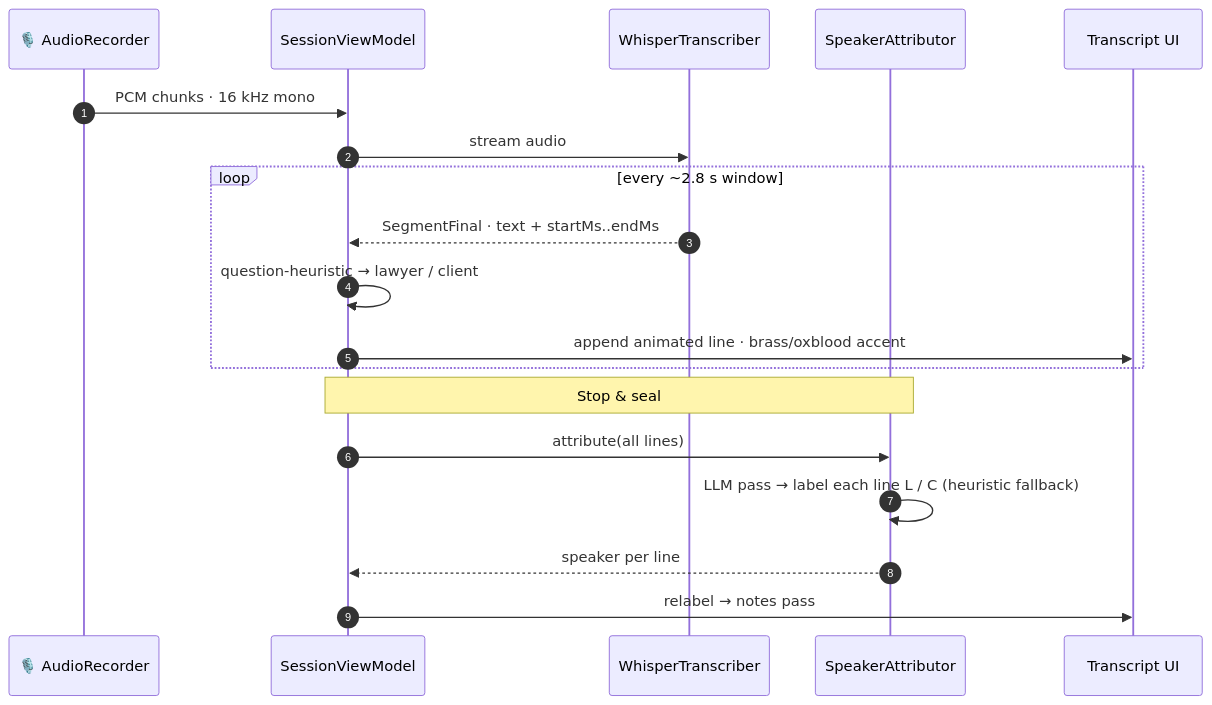
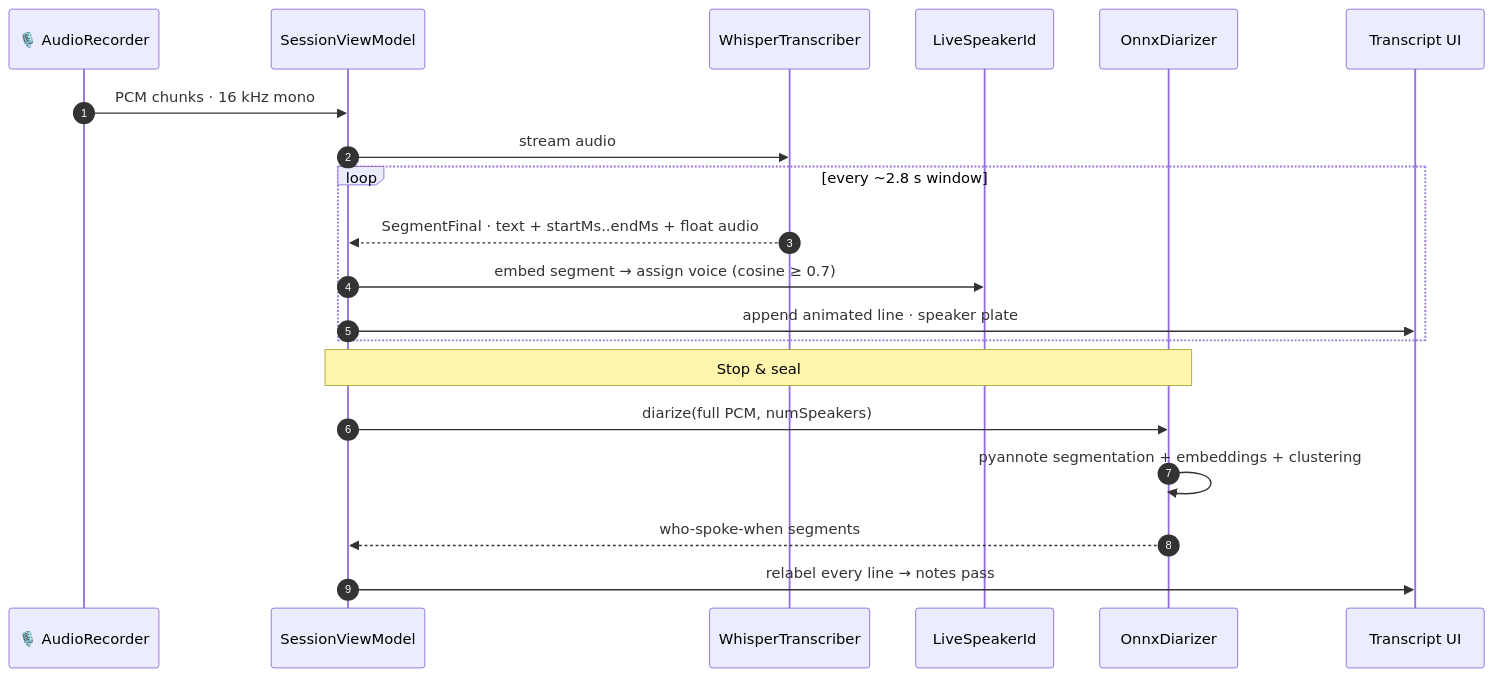
Before and after one commit to Dileep2896/sub-rosa-executorch: the fourth of 8 diagrams in ARCHITECTURE.md, drawn with Mermaid. The commit also changed other lines of this file and 1 other file, not shown here.

First line of the commit message:
Docs: QNN/Hexagon NPU as primary LLM path; Whisper + pyannote diarization

````diff
--- a/ARCHITECTURE.md
+++ b/ARCHITECTURE.md
@@ -109,22 +118,23 @@
 ```mermaid
 sequenceDiagram
     autonumber
     participant Mic as 🎙️ AudioRecorder
     participant VM as SessionViewModel
     participant W as WhisperTranscriber
-    participant S as SpeakerAttributor
+    participant L as LiveSpeakerId
+    participant D as OnnxDiarizer
     participant UI as Transcript UI
 
     Mic->>VM: PCM chunks · 16 kHz mono
     VM->>W: stream audio
     loop every ~2.8 s window
-        W-->>VM: SegmentFinal · text + startMs..endMs
-        VM->>VM: question-heuristic → lawyer / client
-        VM->>UI: append animated line · brass/oxblood accent
+        W-->>VM: SegmentFinal · text + startMs..endMs + float audio
+        VM->>L: embed segment → assign voice (cosine ≥ 0.7)
+        VM->>UI: append animated line · speaker plate
     end
-    Note over VM,S: Stop & seal
-    VM->>S: attribute(all lines)
-    S->>S: LLM pass → label each line L / C (heuristic fallback)
-    S-->>VM: speaker per line
-    VM->>UI: relabel → notes pass
+    Note over VM,D: Stop & seal
+    VM->>D: diarize(full PCM, numSpeakers)
+    D->>D: pyannote segmentation + embeddings + clustering
+    D-->>VM: who-spoke-when segments
+    VM->>UI: relabel every line → notes pass
 ```
````
